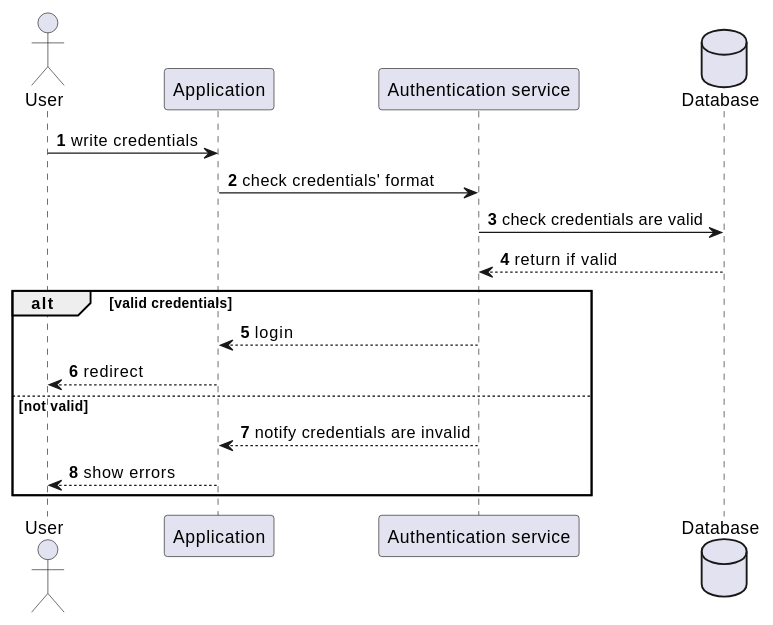
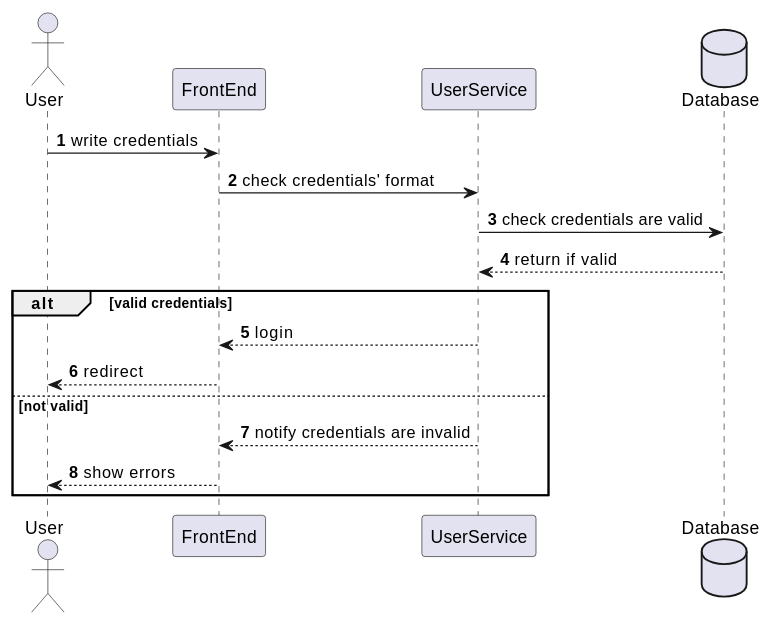
Before and after one commit to Arquisoft/wichat_en3a: the second of 5 diagrams in docs/src/06_runtime_view.adoc, drawn with PlantUML. The commit also changed other lines of this file, not shown here.

```diff
--- a/docs/src/06_runtime_view.adoc
+++ b/docs/src/06_runtime_view.adoc
@@ -90,21 +54,21 @@
 [plantuml,"Login diagram",png]
 ----
 autonumber
 actor User
-participant Application
-participant "Authentication service"
+participant FrontEnd
+participant UserService
 database Database
 
-User -> Application: write credentials
-Application -> "Authentication service": check credentials' format
-"Authentication service" -> Database: check credentials are valid
-Database --> "Authentication service": return if valid
+User -> FrontEnd: write credentials
+FrontEnd -> UserService: check credentials' format
+UserService -> Database: check credentials are valid
+Database --> UserService: return if valid
 
 alt valid credentials
-    "Authentication service" --> Application: login
-    Application --> User: redirect
+    UserService --> FrontEnd: login
+    FrontEnd --> User: redirect
 else not valid
-    "Authentication service" --> Application: notify credentials are invalid
-    Application --> User: show errors
+    UserService --> FrontEnd: notify credentials are invalid
+    FrontEnd --> User: show errors
 end
 ----
```
